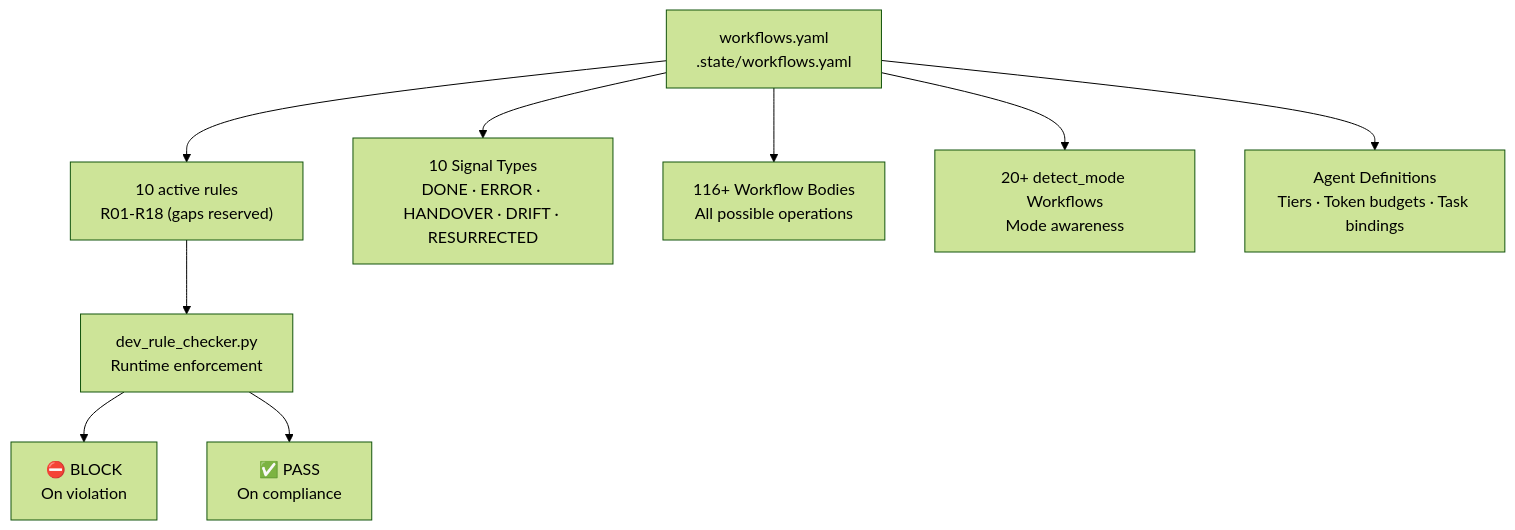
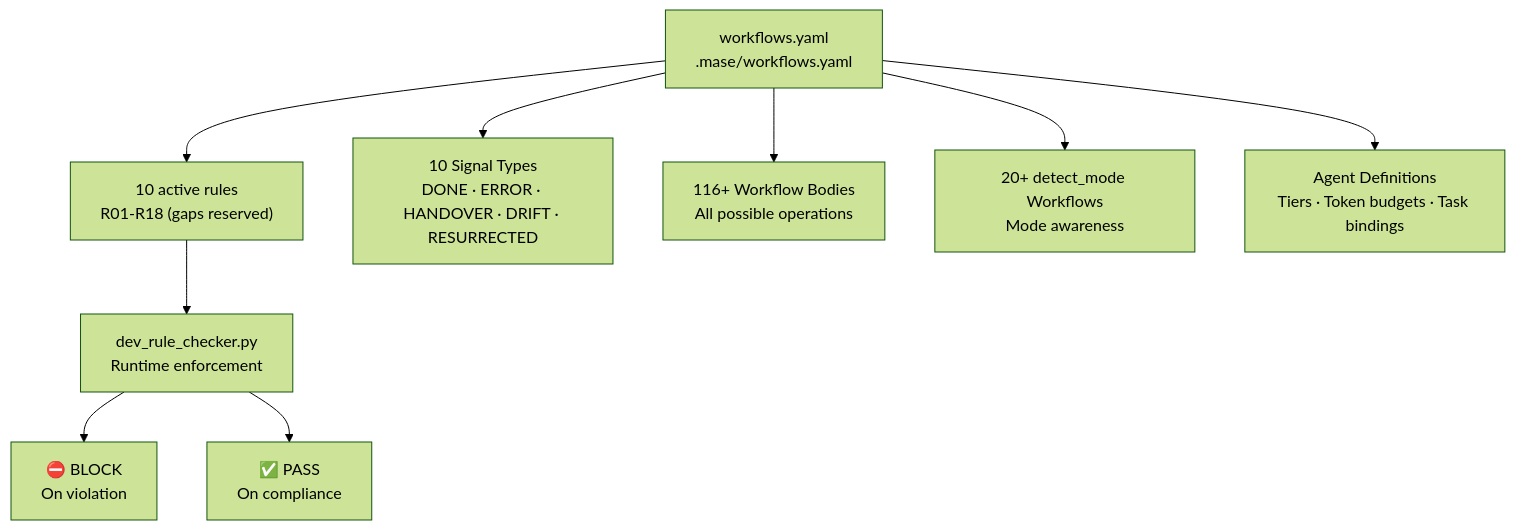
The third of 5 diagrams in docs/architecture.md (mczardybon/mas-engineer), drawn with Mermaid (forest theme) before and after one commit. The commit also changed other lines of this file and 380 other files, not shown here.

````diff
--- a/docs/architecture.md
+++ b/docs/architecture.md
@@ -160,12 +160,12 @@
 ```mermaid
 graph TD
-    SOT["workflows.yaml\n.state/workflows.yaml"] --> RULES["10 active rules\nR01-R18 (gaps reserved)"]
+    SOT["workflows.yaml\n.mase/workflows.yaml"] --> RULES["10 active rules\nR01-R18 (gaps reserved)"]
     SOT --> SIGNALS["10 Signal Types\nDONE · ERROR · HANDOVER · DRIFT · RESURRECTED"]
     SOT --> WORKFLOWS["116+ Workflow Bodies\nAll possible operations"]
     SOT --> MODES["20+ detect_mode Workflows\nMode awareness"]
     SOT --> AGENTS["Agent Definitions\nTiers · Token budgets · Task bindings"]
 
     RULES --> CHECKER["dev_rule_checker.py\nRuntime enforcement"]
     CHECKER --> BLOCK["⛔ BLOCK\nOn violation"]
     CHECKER --> PASS["✅ PASS\nOn compliance"]
 ```
````
